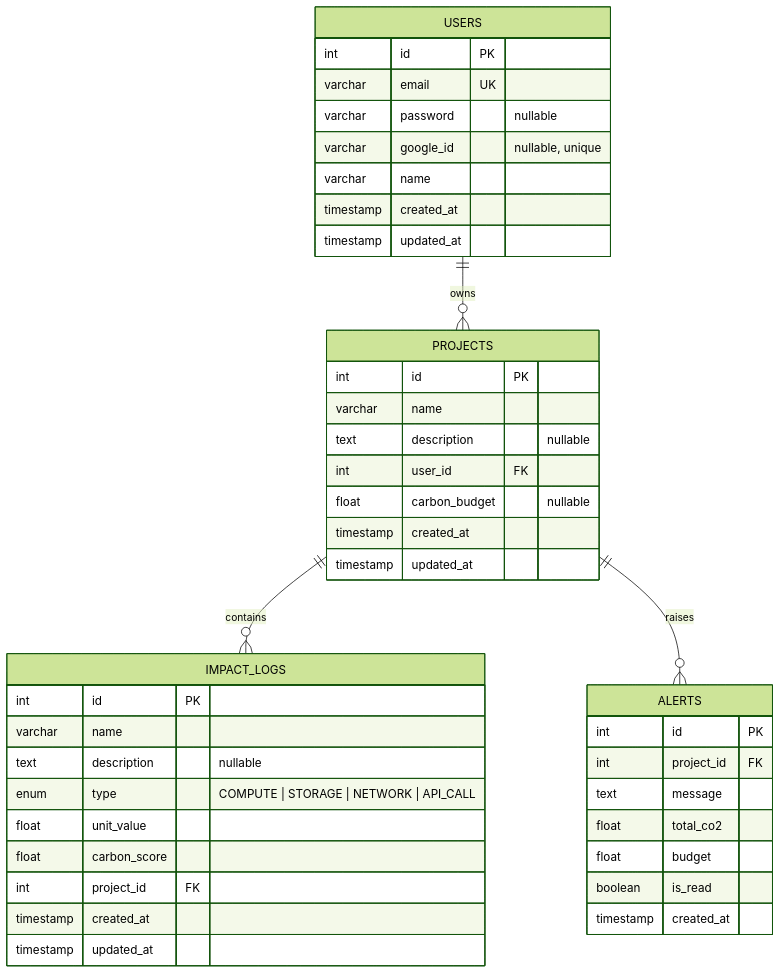
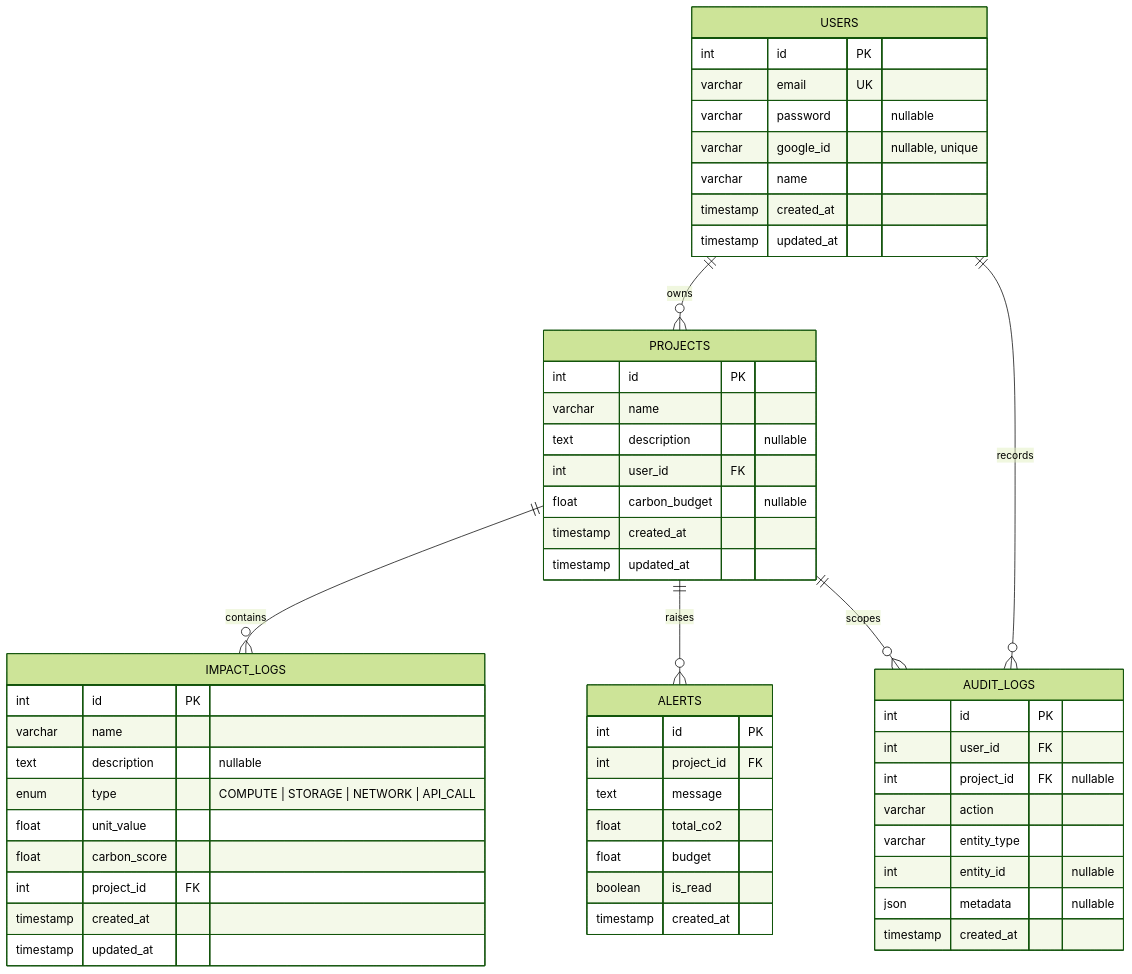
The diagram in ErDiagram.md (IronwallxR5/GreenPulse), drawn with Mermaid (forest theme) before and after one commit. The commit also changed other lines of this file and 16 other files, not shown here.

````diff
--- a/ErDiagram.md
+++ b/ErDiagram.md
@@ -5,48 +5,61 @@
 ```mermaid
 erDiagram
     USERS {
         int id PK
         varchar email UK
         varchar password "nullable"
         varchar google_id "nullable, unique"
         varchar name
         timestamp created_at
         timestamp updated_at
     }
 
     PROJECTS {
         int id PK
         varchar name
         text description "nullable"
         int user_id FK
         float carbon_budget "nullable"
         timestamp created_at
         timestamp updated_at
     }
 
     IMPACT_LOGS {
         int id PK
         varchar name
         text description "nullable"
         enum type "COMPUTE | STORAGE | NETWORK | API_CALL"
         float unit_value
         float carbon_score
         int project_id FK
         timestamp created_at
         timestamp updated_at
     }
 
     ALERTS {
         int id PK
         int project_id FK
         text message
         float total_co2
         float budget
         boolean is_read
         timestamp created_at
     }
 
+    AUDIT_LOGS {
+        int id PK
+        int user_id FK
+        int project_id FK "nullable"
+        varchar action
+        varchar entity_type
+        int entity_id "nullable"
+        json metadata "nullable"
+        timestamp created_at
+    }
+
     USERS ||--o{ PROJECTS : owns
     PROJECTS ||--o{ IMPACT_LOGS : contains
     PROJECTS ||--o{ ALERTS : raises
+    USERS ||--o{ AUDIT_LOGS : records
+    PROJECTS ||--o{ AUDIT_LOGS : scopes
 ```
````
